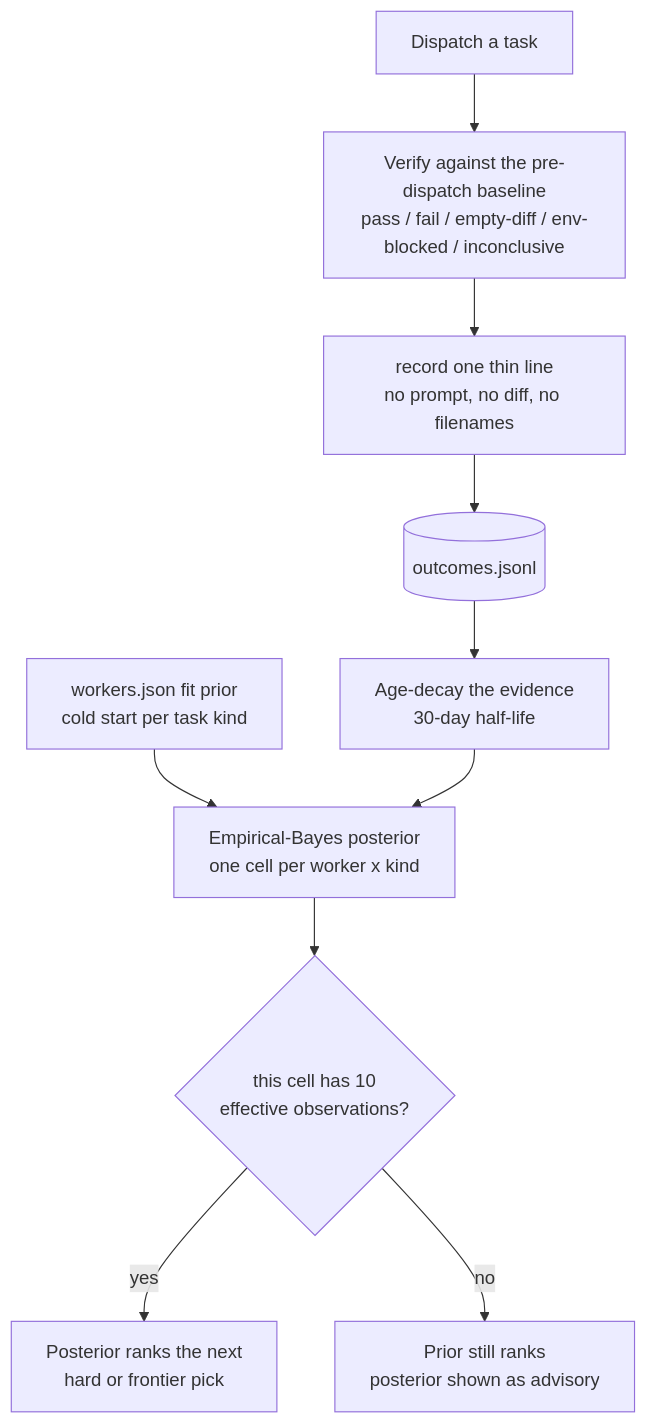
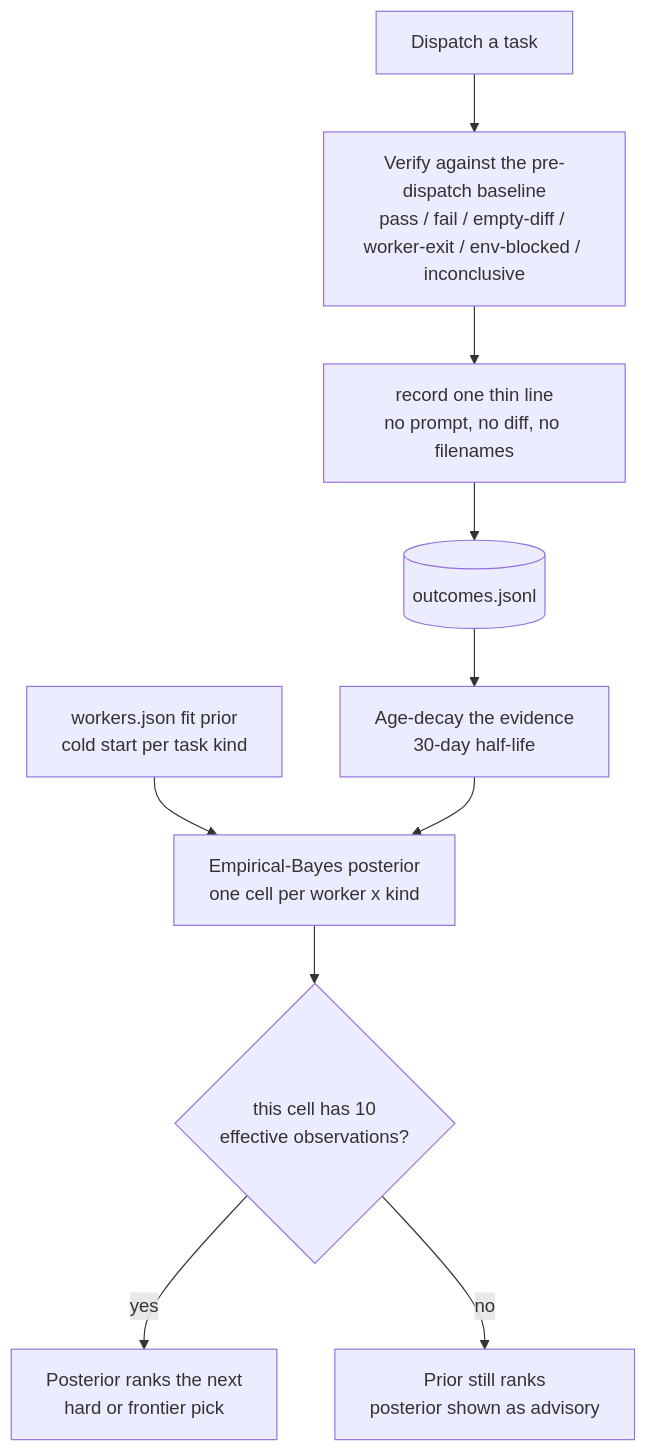
Before and after one commit to m-esm/smart-subagents: the diagram in docs/ROUTING.md, drawn with Mermaid. The commit also changed other lines of this file and 11 other files, not shown here.

````diff
--- a/docs/ROUTING.md
+++ b/docs/ROUTING.md
@@ -170,12 +171,12 @@
 ```mermaid
 flowchart TB
-    DISP["Dispatch a task"] --> VERIFY["Verify against the pre-dispatch baseline<br/>pass / fail / empty-diff / env-blocked / inconclusive"]
+    DISP["Dispatch a task"] --> VERIFY["Verify against the pre-dispatch baseline<br/>pass / fail / empty-diff / worker-exit / env-blocked / inconclusive"]
     VERIFY --> REC["record one thin line<br/>no prompt, no diff, no filenames"]
     REC --> LOG[("outcomes.jsonl")]
     LOG --> DECAY["Age-decay the evidence<br/>30-day half-life"]
     PRIOR["workers.json fit prior<br/>cold start per task kind"] --> POST["Empirical-Bayes posterior<br/>one cell per worker x kind"]
     DECAY --> POST
     POST --> GATE{"this cell has 10<br/>effective observations?"}
     GATE -->|yes| USE["Posterior ranks the next<br/>hard or frontier pick"]
     GATE -->|no| ADV["Prior still ranks<br/>posterior shown as advisory"]
 ```
````
